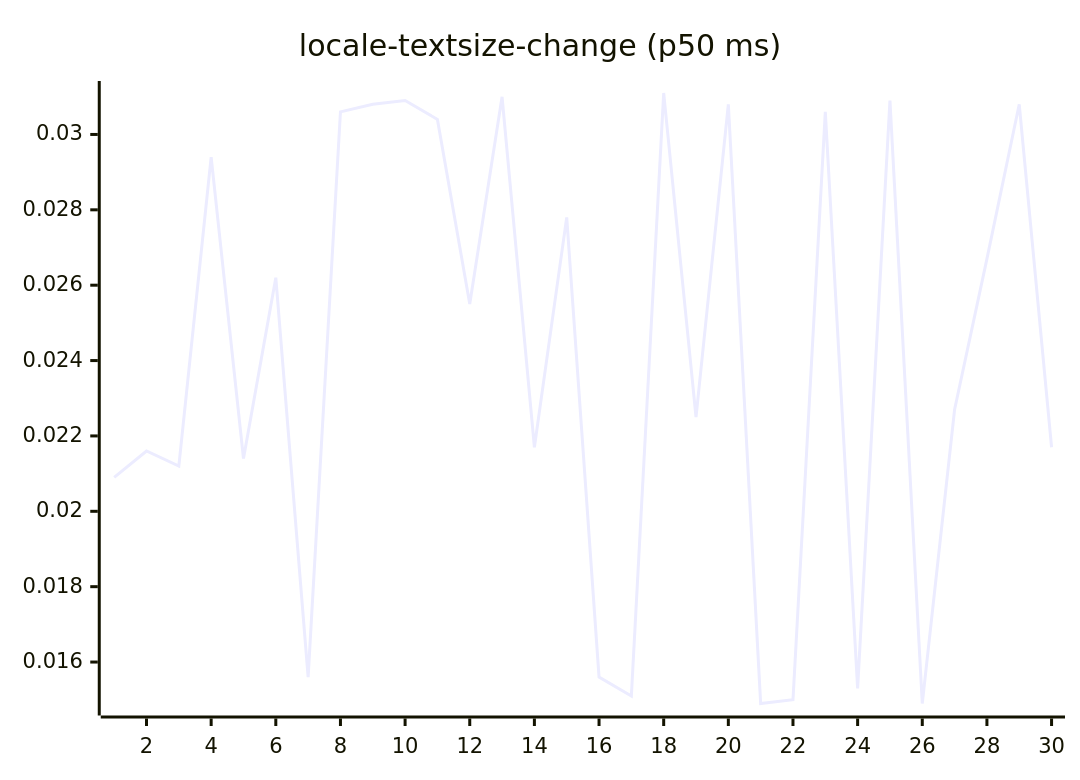
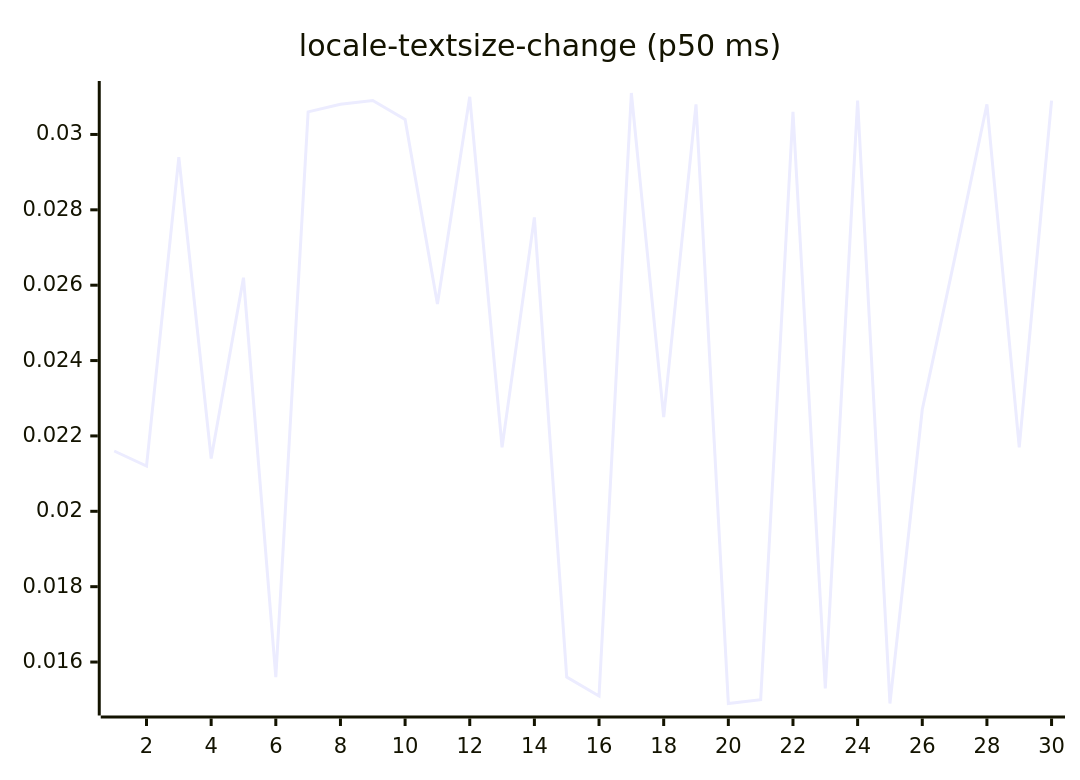
Diagram 13 of 27 in README.md (josha/Facet), drawn with Mermaid before and after one commit. The commit also changed other lines of this file and 2 other files, not shown here.

````diff
--- a/README.md
+++ b/README.md
@@ -147,6 +147,6 @@
 ```mermaid
 xychart-beta
     title "locale-textsize-change (p50 ms)"
     x-axis 1 --> 30
-    line [0.0209, 0.0216, 0.0212, 0.0294, 0.0214, 0.0262, 0.0156, 0.0306, 0.0308, 0.0309, 0.0304, 0.0255, 0.0310, 0.0217, 0.0278, 0.0156, 0.0151, 0.0311, 0.0225, 0.0308, 0.0149, 0.0150, 0.0306, 0.0153, 0.0309, 0.0149, 0.0227, 0.0267, 0.0308, 0.0217]
+    line [0.0216, 0.0212, 0.0294, 0.0214, 0.0262, 0.0156, 0.0306, 0.0308, 0.0309, 0.0304, 0.0255, 0.0310, 0.0217, 0.0278, 0.0156, 0.0151, 0.0311, 0.0225, 0.0308, 0.0149, 0.0150, 0.0306, 0.0153, 0.0309, 0.0149, 0.0227, 0.0267, 0.0308, 0.0217, 0.0309]
 ```
````
